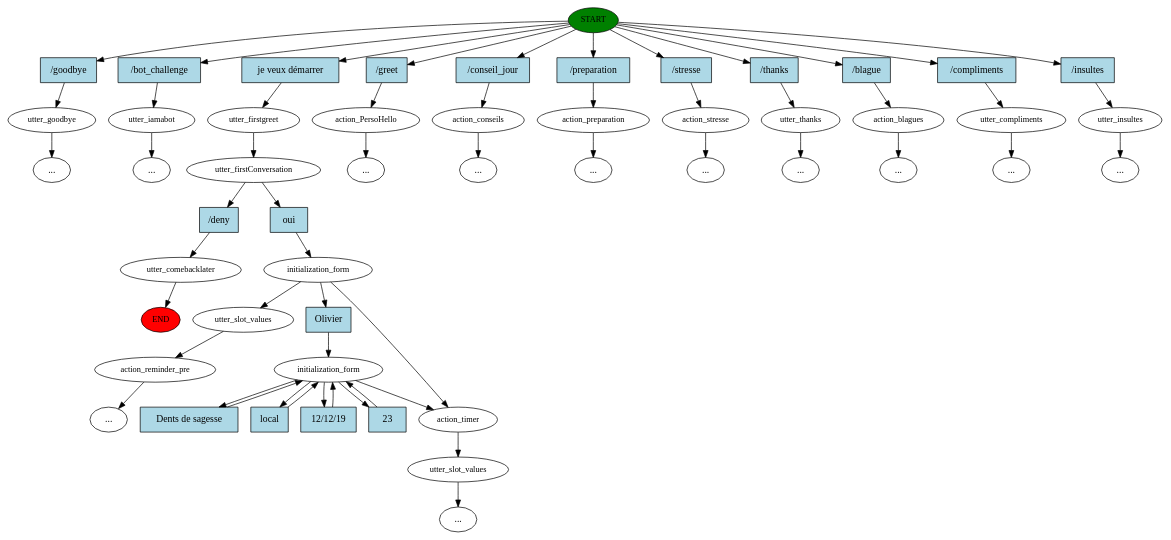
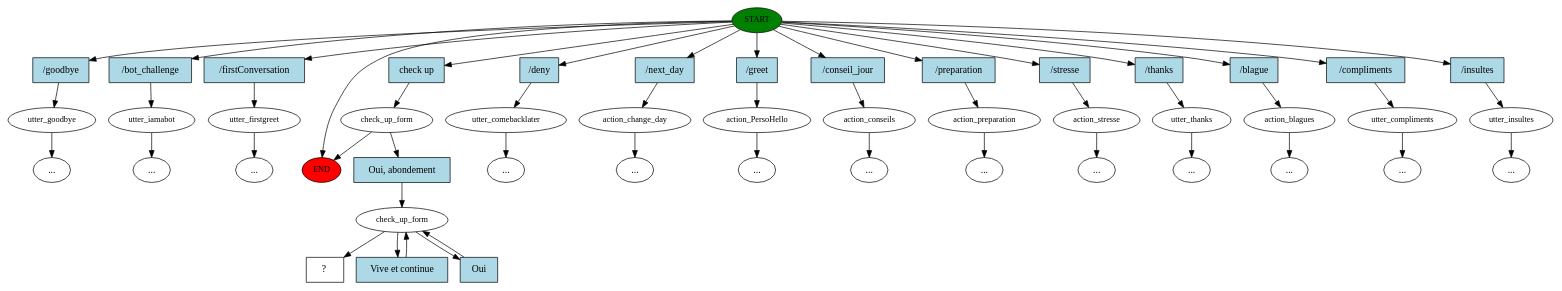
One commit to dowi-chatbot/chatbot changed the diagram in story_graph.dot. Above: the diagram before and after it, drawn with Graphviz. The commit also changed 13 other files, not shown here.

```diff
--- a/story_graph.dot
+++ b/story_graph.dot
@@ -1,108 +1,100 @@
 digraph  {
 0 [class="start active", fillcolor=green, fontsize=12, label=START, style=filled];
 "-1" [class=end, fillcolor=red, fontsize=12, label=END, style=filled];
 1 [class="", fontsize=12, label=utter_goodbye];
 "-3" [class=ellipsis, label="..."];
 2 [class="", fontsize=12, label=utter_iamabot];
 "-4" [class=ellipsis, label="..."];
-3 [class=active, fontsize=12, label=utter_firstgreet];
-4 [class=active, fontsize=12, label=utter_firstConversation];
-5 [class="", fontsize=12, label=utter_comebacklater];
-8 [class=active, fontsize=12, label=initialization_form];
-9 [class=active, fontsize=12, label=action_timer];
-10 [class="dashed active", fontsize=12, label=utter_slot_values];
-"-5" [class=ellipsis, label="..."];
-11 [class="", fontsize=12, label=action_PersoHello];
+3 [class="", fontsize=12, label=utter_firstgreet];
+4 [class="", fontsize=12, label=utter_comebacklater];
 "-6" [class=ellipsis, label="..."];
-12 [class="", fontsize=12, label=action_conseils];
-"-7" [class=ellipsis, label="..."];
-13 [class="", fontsize=12, label=action_preparation];
+5 [class=active, fontsize=12, label=check_up_form];
+7 [class="", fontsize=12, label=action_change_day];
 "-8" [class=ellipsis, label="..."];
-14 [class="", fontsize=12, label=action_stresse];
+8 [class="", fontsize=12, label=action_PersoHello];
 "-9" [class=ellipsis, label="..."];
-15 [class="", fontsize=12, label=utter_thanks];
+9 [class="", fontsize=12, label=action_conseils];
 "-10" [class=ellipsis, label="..."];
-16 [class="", fontsize=12, label=action_blagues];
+10 [class="", fontsize=12, label=action_preparation];
 "-11" [class=ellipsis, label="..."];
-17 [class="", fontsize=12, label=utter_compliments];
+11 [class="", fontsize=12, label=action_stresse];
 "-12" [class=ellipsis, label="..."];
-18 [class="", fontsize=12, label=utter_insultes];
+12 [class="", fontsize=12, label=utter_thanks];
 "-13" [class=ellipsis, label="..."];
-22 [class="", fontsize=12, label=utter_slot_values];
-23 [class="", fontsize=12, label=action_reminder_pre];
+13 [class="", fontsize=12, label=action_blagues];
 "-14" [class=ellipsis, label="..."];
-27 [class=active, fontsize=12, label=initialization_form];
-34 [class=intent, fillcolor=lightblue, label="/goodbye", shape=rect, style=filled];
-35 [class=intent, fillcolor=lightblue, label="/bot_challenge", shape=rect, style=filled];
-36 [class="intent active", fillcolor=lightblue, label="je veux démarrer", shape=rect, style=filled];
-37 [class=intent, fillcolor=lightblue, label="/greet", shape=rect, style=filled];
-38 [class=intent, fillcolor=lightblue, label="/conseil_jour", shape=rect, style=filled];
-39 [class=intent, fillcolor=lightblue, label="/preparation", shape=rect, style=filled];
-40 [class=intent, fillcolor=lightblue, label="/stresse", shape=rect, style=filled];
-41 [class=intent, fillcolor=lightblue, label="/thanks", shape=rect, style=filled];
-42 [class=intent, fillcolor=lightblue, label="/blague", shape=rect, style=filled];
-43 [class=intent, fillcolor=lightblue, label="/compliments", shape=rect, style=filled];
-44 [class=intent, fillcolor=lightblue, label="/insultes", shape=rect, style=filled];
-45 [class=intent, fillcolor=lightblue, label="/deny", shape=rect, style=filled];
-46 [class="intent active", fillcolor=lightblue, label=oui, shape=rect, style=filled];
-47 [class="intent active", fillcolor=lightblue, label=Olivier, shape=rect, style=filled];
-48 [class="intent active", fillcolor=lightblue, label=23, shape=rect, style=filled];
-49 [class="intent active", fillcolor=lightblue, label="Dents de sagesse", shape=rect, style=filled];
-50 [class="intent active", fillcolor=lightblue, label=local, shape=rect, style=filled];
-51 [class="intent active", fillcolor=lightblue, label="12/12/19", shape=rect, style=filled];
+14 [class="", fontsize=12, label=utter_compliments];
+"-15" [class=ellipsis, label="..."];
+15 [class="", fontsize=12, label=utter_insultes];
+"-16" [class=ellipsis, label="..."];
+"-17" [class=ellipsis, label="..."];
+18 [class=active, fontsize=12, label=check_up_form];
+21 [class="intent dashed active", label="  ?  ", shape=rect];
+22 [class=intent, fillcolor=lightblue, label="/goodbye", shape=rect, style=filled];
+23 [class=intent, fillcolor=lightblue, label="/bot_challenge", shape=rect, style=filled];
+24 [class=intent, fillcolor=lightblue, label="/firstConversation", shape=rect, style=filled];
+25 [class=intent, fillcolor=lightblue, label="/deny", shape=rect, style=filled];
+26 [class="intent active", fillcolor=lightblue, label="check up", shape=rect, style=filled];
+27 [class=intent, fillcolor=lightblue, label="/next_day", shape=rect, style=filled];
+28 [class=intent, fillcolor=lightblue, label="/greet", shape=rect, style=filled];
+29 [class=intent, fillcolor=lightblue, label="/conseil_jour", shape=rect, style=filled];
+30 [class=intent, fillcolor=lightblue, label="/preparation", shape=rect, style=filled];
+31 [class=intent, fillcolor=lightblue, label="/stresse", shape=rect, style=filled];
+32 [class=intent, fillcolor=lightblue, label="/thanks", shape=rect, style=filled];
+33 [class=intent, fillcolor=lightblue, label="/blague", shape=rect, style=filled];
+34 [class=intent, fillcolor=lightblue, label="/compliments", shape=rect, style=filled];
+35 [class=intent, fillcolor=lightblue, label="/insultes", shape=rect, style=filled];
+36 [class="intent active", fillcolor=lightblue, label="Oui, abondement", shape=rect, style=filled];
+37 [class="intent active", fillcolor=lightblue, label="Vive et continue", shape=rect, style=filled];
+38 [class="intent active", fillcolor=lightblue, label=Oui, shape=rect, style=filled];
+0 -> "-1"  [class="", key=NONE, label=""];
+0 -> 22  [class="", key=0];
+0 -> 23  [class="", key=0];
+0 -> 24  [class="", key=0];
+0 -> 25  [class="", key=0];
+0 -> 26  [class=active, key=0];
+0 -> 27  [class="", key=0];
+0 -> 28  [class="", key=0];
+0 -> 29  [class="", key=0];
+0 -> 30  [class="", key=0];
+0 -> 31  [class="", key=0];
+0 -> 32  [class="", key=0];
+0 -> 33  [class="", key=0];
 0 -> 34  [class="", key=0];
 0 -> 35  [class="", key=0];
-0 -> 36  [class=active, key=0];
-0 -> 37  [class="", key=0];
-0 -> 38  [class="", key=0];
-0 -> 39  [class="", key=0];
-0 -> 40  [class="", key=0];
-0 -> 41  [class="", key=0];
-0 -> 42  [class="", key=0];
-0 -> 43  [class="", key=0];
-0 -> 44  [class="", key=0];
 1 -> "-3"  [class="", key=NONE, label=""];
 2 -> "-4"  [class="", key=NONE, label=""];
-3 -> 4  [class=active, key=NONE, label=""];
-4 -> 45  [class="", key=0];
-4 -> 46  [class=active, key=0];
+3 -> "-17"  [class="", key=NONE, label=""];
+4 -> "-6"  [class="", key=NONE, label=""];
 5 -> "-1"  [class="", key=NONE, label=""];
-8 -> 9  [class="", key=NONE, label=""];
-8 -> 22  [class="", key=NONE, label=""];
-8 -> 47  [class=active, key=0];
-9 -> 10  [class=active, key=NONE, label=""];
-10 -> "-5"  [class="", key=NONE, label=""];
-11 -> "-6"  [class="", key=NONE, label=""];
-12 -> "-7"  [class="", key=NONE, label=""];
-13 -> "-8"  [class="", key=NONE, label=""];
-14 -> "-9"  [class="", key=NONE, label=""];
-15 -> "-10"  [class="", key=NONE, label=""];
-16 -> "-11"  [class="", key=NONE, label=""];
-17 -> "-12"  [class="", key=NONE, label=""];
-18 -> "-13"  [class="", key=NONE, label=""];
-22 -> 23  [class="", key=NONE, label=""];
-23 -> "-14"  [class="", key=NONE, label=""];
-27 -> 9  [class=active, key=NONE, label=""];
-27 -> 48  [class=active, key=0];
-27 -> 49  [class=active, key=0];
-27 -> 50  [class=active, key=0];
-27 -> 51  [class=active, key=0];
-34 -> 1  [class="", key=0];
-35 -> 2  [class="", key=0];
-36 -> 3  [class=active, key=0];
-37 -> 11  [class="", key=0];
-38 -> 12  [class="", key=0];
-39 -> 13  [class="", key=0];
-40 -> 14  [class="", key=0];
-41 -> 15  [class="", key=0];
-42 -> 16  [class="", key=0];
-43 -> 17  [class="", key=0];
-44 -> 18  [class="", key=0];
-45 -> 5  [class="", key=0];
-46 -> 8  [class=active, key=0];
-47 -> 27  [class=active, key=0];
-48 -> 27  [class=active, key=0];
-49 -> 27  [class=active, key=0];
-50 -> 27  [class=active, key=0];
-51 -> 27  [class=active, key=0];
+5 -> 36  [class=active, key=0];
+7 -> "-8"  [class="", key=NONE, label=""];
+8 -> "-9"  [class="", key=NONE, label=""];
+9 -> "-10"  [class="", key=NONE, label=""];
+10 -> "-11"  [class="", key=NONE, label=""];
+11 -> "-12"  [class="", key=NONE, label=""];
+12 -> "-13"  [class="", key=NONE, label=""];
+13 -> "-14"  [class="", key=NONE, label=""];
+14 -> "-15"  [class="", key=NONE, label=""];
+15 -> "-16"  [class="", key=NONE, label=""];
+18 -> 21  [class=active, key=NONE, label=""];
+18 -> 37  [class=active, key=0];
+18 -> 38  [class=active, key=0];
+22 -> 1  [class="", key=0];
+23 -> 2  [class="", key=0];
+24 -> 3  [class="", key=0];
+25 -> 4  [class="", key=0];
+26 -> 5  [class=active, key=0];
+27 -> 7  [class="", key=0];
+28 -> 8  [class="", key=0];
+29 -> 9  [class="", key=0];
+30 -> 10  [class="", key=0];
+31 -> 11  [class="", key=0];
+32 -> 12  [class="", key=0];
+33 -> 13  [class="", key=0];
+34 -> 14  [class="", key=0];
+35 -> 15  [class="", key=0];
+36 -> 18  [class=active, key=0];
+37 -> 18  [class=active, key=0];
+38 -> 18  [class=active, key=0];
 }
```
